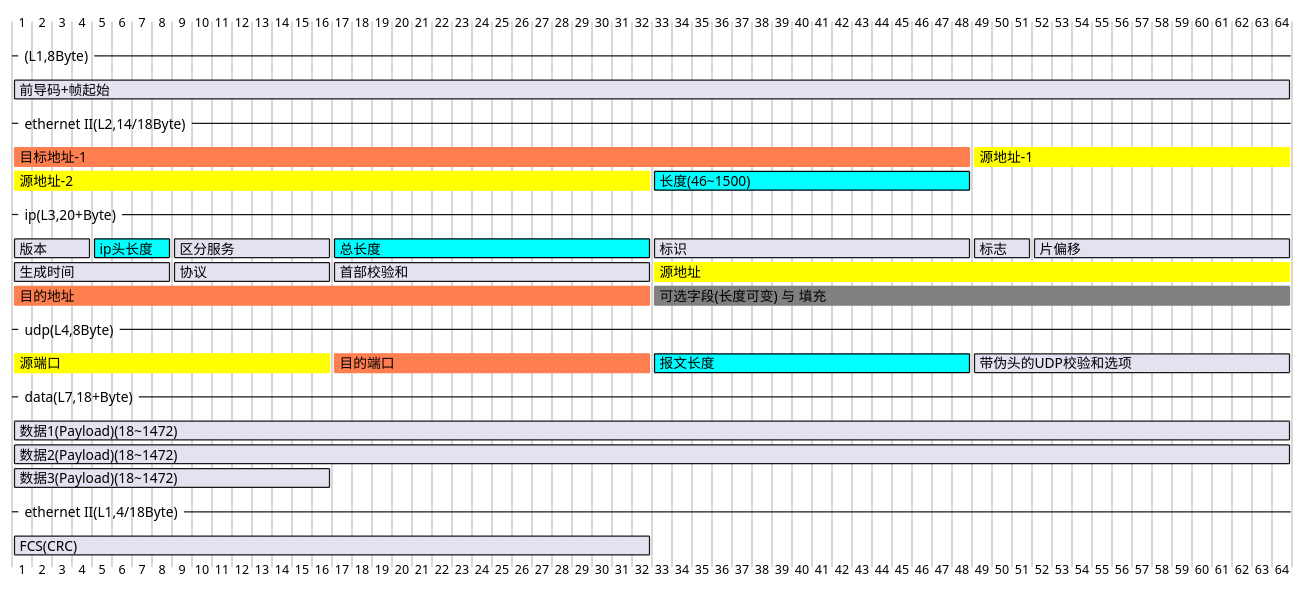
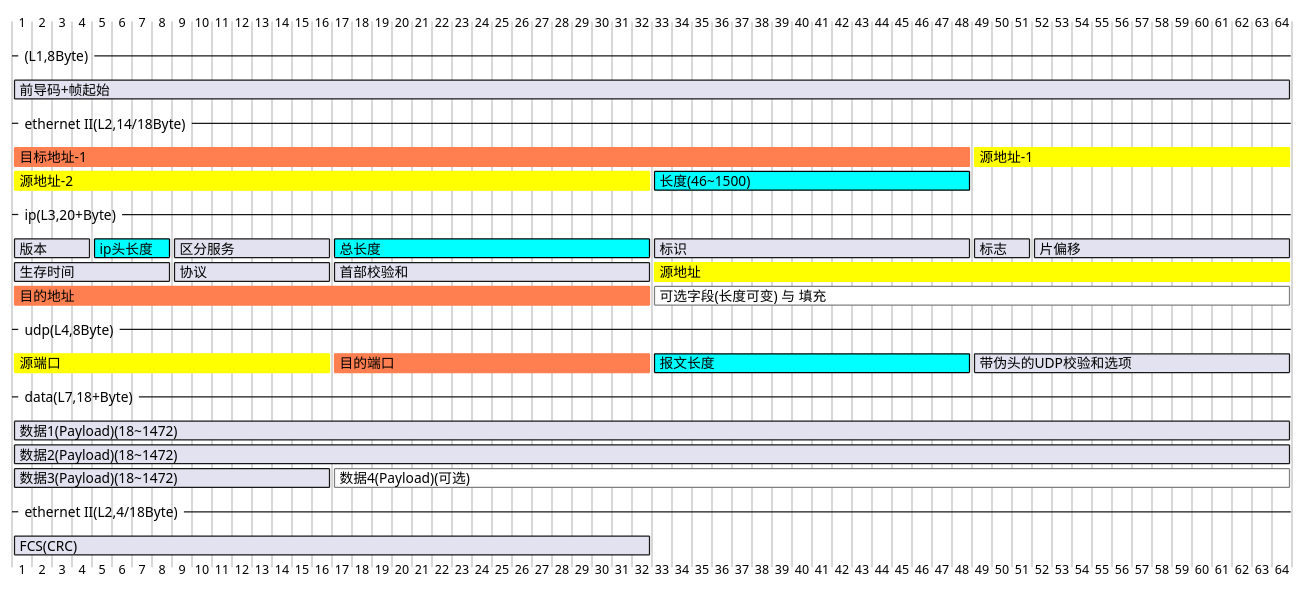
The third of 6 diagrams in 01. DesignAndDevelop/Develop/02. Theory/Computer/03. 计算机系统 - 专题或子系统的字典版/下层相关/Network/以太网帧协议(Gantt版).md (LincDocs/MdNote_Public), drawn with PlantUML before and after one commit. The commit also changed other lines of this file, not shown here.

````diff
--- a/01. DesignAndDevelop/Develop/02. Theory/Computer/03. 计算机系统 - 专题或子系统的字典版/下层相关/Network/以太网帧协议(Gantt版).md
+++ b/01. DesignAndDevelop/Develop/02. Theory/Computer/03. 计算机系统 - 专题或子系统的字典版/下层相关/Network/以太网帧协议(Gantt版).md
@@ -93,63 +95,65 @@
 ```plantuml
 @startgantt
 
 --(L1,8Byte)--
 
 [前导码+帧起始] starts D+0 and requires 64 days
 
 --ethernet II(L2,14/18Byte)--
 [目标地址-1] starts D+0  and requires 48 days and is colored in Coral
 [源地址-1] starts D+48 and ends D+63 and is colored in Yellow
 [源地址-2] starts D+0 and ends D+31 and is colored in Yellow
 [目标地址-1] displays on same row as [源地址-1]
 [长度(46~1500)] starts D+32  and requires 16 days and is colored in Cyan/Black
 [源地址-2] displays on same row as [长度(46~1500)]
 
 --ip(L3,20+Byte)--
 
 [版本] starts D+0  and requires 4 days
 [ip头长度] starts D+4 and requires 4 days and is colored in Cyan/Black
 [区分服务] starts D+8 and requires 8 days
 [总长度] starts D+16 and requires 16 days and is colored in Cyan/Black
 [标识] starts D+32  and requires 16 days
 [标志] starts D+48 and requires 3 days
 [片偏移] starts D+51 and requires 13 days
 [版本] displays on same row as [ip头长度]
 [ip头长度] displays on same row as [区分服务]
 [区分服务] displays on same row as [总长度]
 [总长度] displays on same row as [标识]
 [标识] displays on same row as [标志]
 [标志] displays on same row as [片偏移]
 
-[生成时间] starts D+0 and requires 8 days
+[生存时间] starts D+0 and requires 8 days
 [协议] starts D+8 and requires 8 days
 [首部校验和] starts D+16 and requires 16 days
 [源地址] starts D+32 and requires 32 days and is colored in Yellow
-[生成时间] displays on same row as [协议]
+[生存时间] displays on same row as [协议]
 [协议] displays on same row as [首部校验和]
 [首部校验和] displays on same row as [源地址]
 
 [目的地址] starts D+0 and requires 32 days and is colored in Coral
-[可选字段(长度可变) 与 填充] starts D+32 and requires 32 days and is colored in Gray
+[可选字段(长度可变) 与 填充] starts D+32 and requires 32 days and is colored in White/Gray
 [目的地址] displays on same row as [可选字段(长度可变) 与 填充]
 
 --udp(L4,8Byte)--
 
 [源端口] starts D+0 and requires 16 days and is colored in Yellow
 [目的端口] starts D+16 and requires 16 days and is colored in Coral
 [报文长度] starts D+32 and requires 16 days and is colored in Cyan/Black
 [带伪头的UDP校验和选项] starts D+48 and requires 16 days
 [源端口] displays on same row as [目的端口]
 [目的端口] displays on same row as [报文长度]
 [报文长度] displays on same row as [带伪头的UDP校验和选项]
 
 --data(L7,18+Byte)--
 
 [数据1(Payload)(18~1472)] starts D+0 and requires 64 days
 [数据2(Payload)(18~1472)] starts D+0 and requires 64 days
 [数据3(Payload)(18~1472)] starts D+0 and requires 16 days
+[数据4(Payload)(可选)] starts D+16 and requires 48 days and is colored in White/Gray
+[数据3(Payload)(18~1472)] displays on same row as [数据4(Payload)(可选)]
 
---ethernet II(L1,4/18Byte)--
+--ethernet II(L2,4/18Byte)--
 [FCS(CRC)] starts D+0 and ends D+31
 @endgantt
 ```
````
